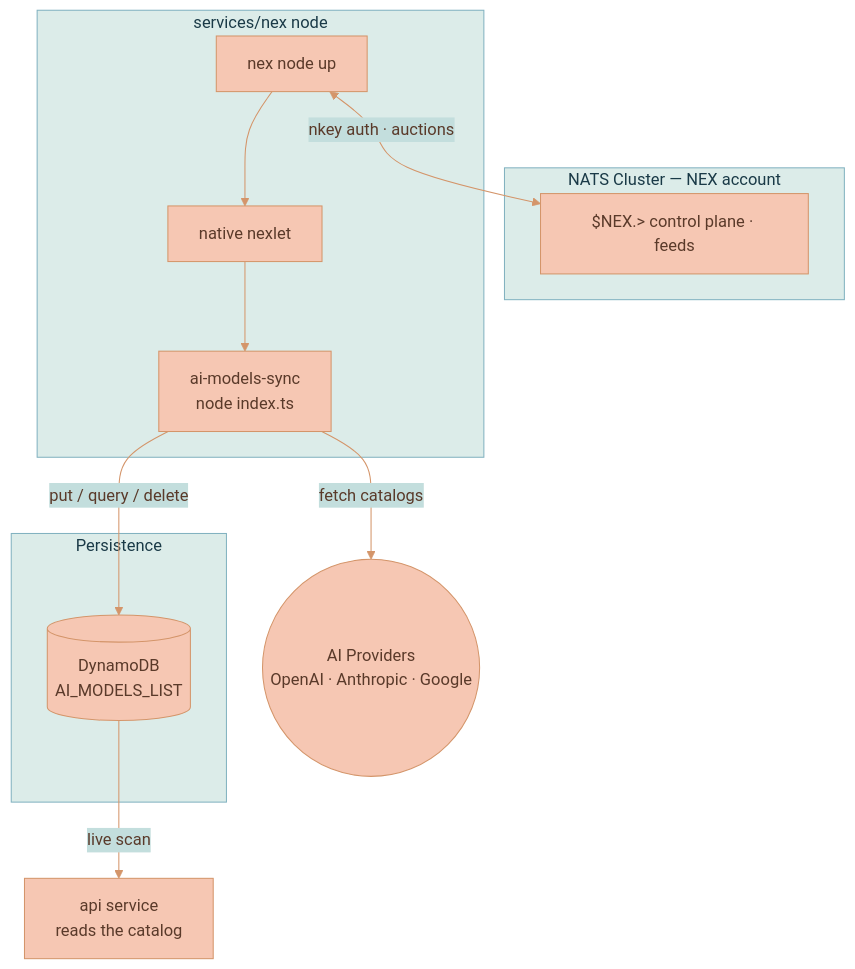
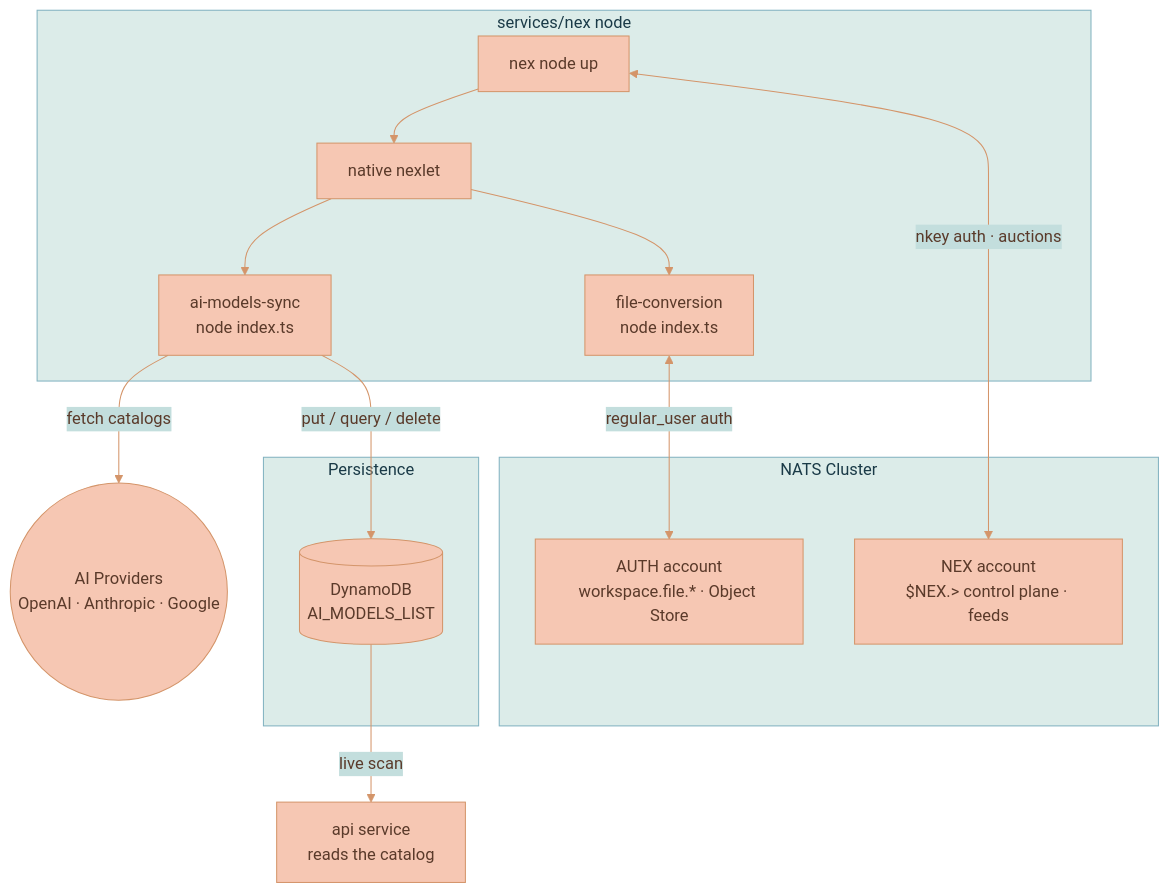
One commit to Lixpi/lixpi changed the diagram in documentation/platform/deployment/NEX-EXECUTION-ENGINE.md. Above: the diagram before and after it, drawn with Mermaid. The commit also changed other lines of this file and 15 other files, not shown here.

````diff
--- a/documentation/platform/deployment/NEX-EXECUTION-ENGINE.md
+++ b/documentation/platform/deployment/NEX-EXECUTION-ENGINE.md
@@ -21,23 +22,28 @@
 ```mermaid
 %%{init: {'theme': 'base', 'themeVariables': { 'primaryColor': '#F6C7B3', 'primaryTextColor': '#5a3a2a', 'primaryBorderColor': '#d4956a', 'secondaryColor': '#C3DEDD', 'secondaryTextColor': '#1a3a47', 'secondaryBorderColor': '#4a8a9d', 'tertiaryColor': '#DCECE9', 'tertiaryTextColor': '#1a3a47', 'tertiaryBorderColor': '#82B2C0', 'lineColor': '#d4956a', 'textColor': '#5a3a2a'}}}%%
 graph TB
-    subgraph Cluster["NATS Cluster — NEX account"]
-        NATS["$NEX.> control plane · feeds"]
+    subgraph Cluster["NATS Cluster"]
+        NEXBUS["NEX account<br/>$NEX.> control plane · feeds"]
+        AUTHBUS["AUTH account<br/>workspace.file.* · Object Store"]
     end
     subgraph Node["services/nex node"]
         N["nex node up"]
         NX["native nexlet"]
         W["ai-models-sync<br/>node index.ts"]
-        N --> NX --> W
+        F["file-conversion<br/>node index.ts"]
+        N --> NX
+        NX --> W
+        NX --> F
     end
     subgraph Store["Persistence"]
         DDB[("DynamoDB<br/>AI_MODELS_LIST")]
     end
     Providers(("AI Providers<br/>OpenAI · Anthropic · Google"))
     API["api service<br/>reads the catalog"]
 
-    N <-->|"nkey auth · auctions"| NATS
+    N <-->|"nkey auth · auctions"| NEXBUS
     W -->|fetch catalogs| Providers
     W -->|put / query / delete| DDB
+    F <-->|regular_user auth| AUTHBUS
     DDB -->|live scan| API
 ```
````
